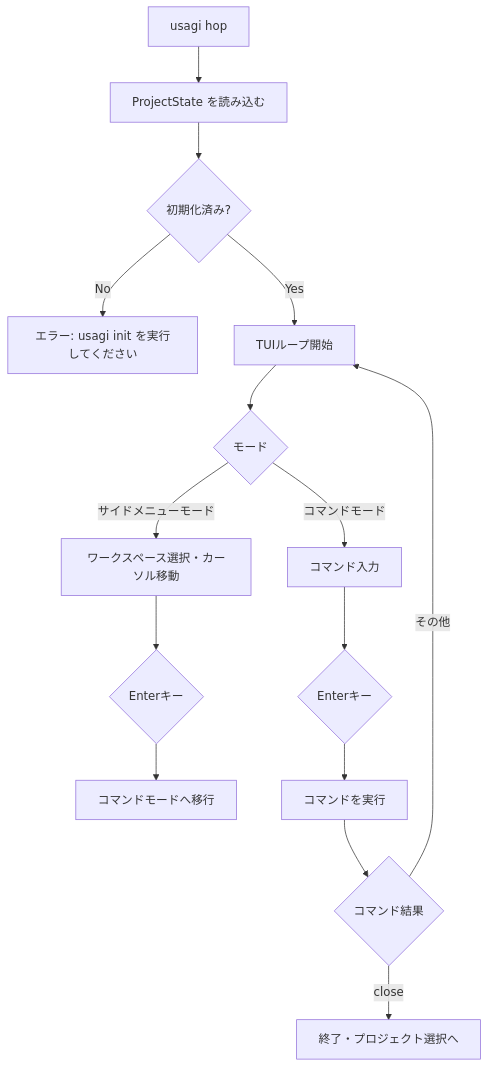
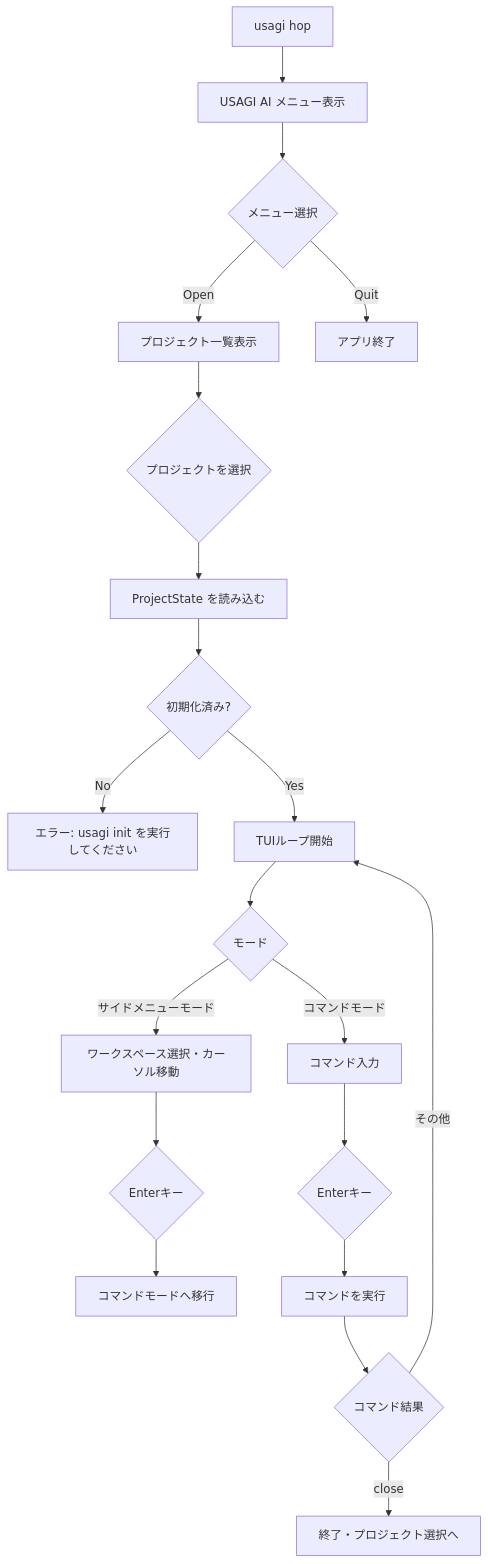
Before and after one commit to KKyosuke/usagi.ai: the diagram in doc/cli/hop.md, drawn with Mermaid. The commit also changed other lines of this file and 4 other files, not shown here.

````diff
--- a/doc/cli/hop.md
+++ b/doc/cli/hop.md
@@ -92,17 +111,22 @@
 ```mermaid
 flowchart TD
-    A[usagi hop] --> B[ProjectState を読み込む]
-    B --> C{初期化済み?}
-    C -- No --> D[エラー: usagi init を実行してください]
-    C -- Yes --> E[TUIループ開始]
-    E --> F{モード}
-    F -- サイドメニューモード --> G[ワークスペース選択・カーソル移動]
-    G --> H{Enterキー}
-    H --> I[コマンドモードへ移行]
-    F -- コマンドモード --> J[コマンド入力]
-    J --> K{Enterキー}
-    K --> L[コマンドを実行]
-    L --> M{コマンド結果}
-    M -- close --> N[終了・プロジェクト選択へ]
-    M -- その他 --> E
+    A[usagi hop] --> B[USAGI AI メニュー表示]
+    B --> C{メニュー選択}
+    C -- Open --> D[プロジェクト一覧表示]
+    D --> E{プロジェクトを選択}
+    E --> F[ProjectState を読み込む]
+    F --> G{初期化済み?}
+    G -- No --> H[エラー: usagi init を実行してください]
+    G -- Yes --> I[TUIループ開始]
+    I --> J{モード}
+    J -- サイドメニューモード --> K[ワークスペース選択・カーソル移動]
+    K --> L{Enterキー}
+    L --> M[コマンドモードへ移行]
+    J -- コマンドモード --> N[コマンド入力]
+    N --> O{Enterキー}
+    O --> P[コマンドを実行]
+    P --> Q{コマンド結果}
+    Q -- close --> R[終了・プロジェクト選択へ]
+    Q -- その他 --> I
+    C -- Quit --> S[アプリ終了]
 ```
````
